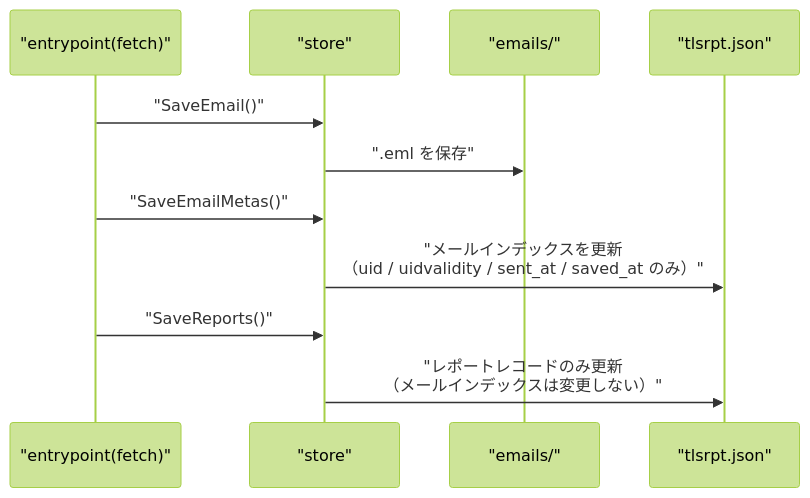
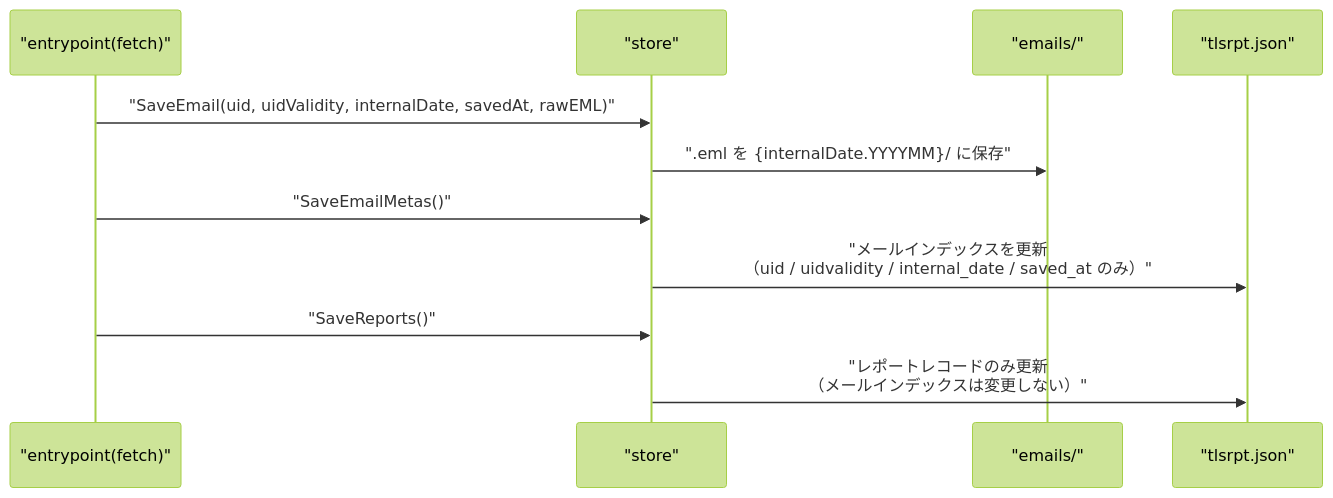
The seventh of 9 diagrams in docs/tasks/0041_store_gc_simplify/02_architecture.md (isseis/tlsrpt-digest), drawn with Mermaid (forest theme) before and after one commit. The commit also changed other lines of this file and 2 other files, not shown here.

First line of the commit message:
docs(0041): adopt INTERNALDATE for .eml path determination

````diff
--- a/docs/tasks/0041_store_gc_simplify/02_architecture.md
+++ b/docs/tasks/0041_store_gc_simplify/02_architecture.md
@@ -166,14 +172,14 @@
 ```mermaid
 sequenceDiagram
     participant EP as "entrypoint(fetch)"
     participant ST as "store"
     participant EF as "emails/"
     participant DF as "tlsrpt.json"
 
-    EP->>ST: "SaveEmail()"
-    ST->>EF: ".eml を保存"
+    EP->>ST: "SaveEmail(uid, uidValidity, internalDate, savedAt, rawEML)"
+    ST->>EF: ".eml を {internalDate.YYYYMM}/ に保存"
     EP->>ST: "SaveEmailMetas()"
-    ST->>DF: "メールインデックスを更新<br>（uid / uidvalidity / sent_at / saved_at のみ）"
+    ST->>DF: "メールインデックスを更新<br>（uid / uidvalidity / internal_date / saved_at のみ）"
     EP->>ST: "SaveReports()"
     ST->>DF: "レポートレコードのみ更新<br>（メールインデックスは変更しない）"
 ```
````
